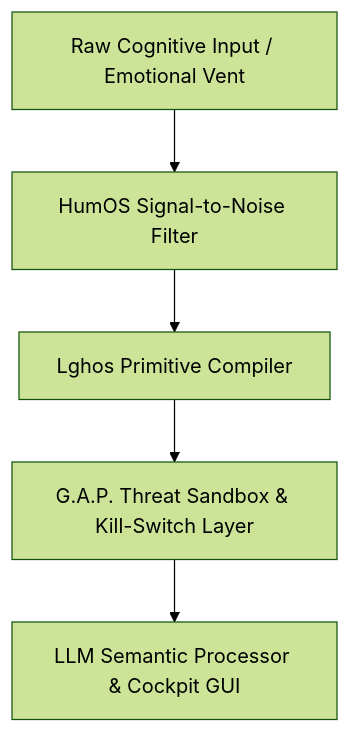
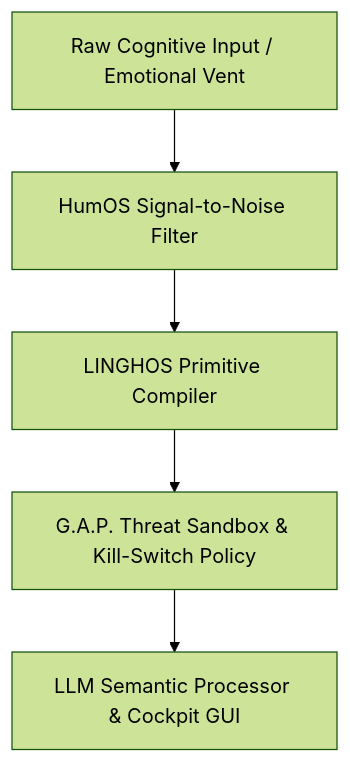
Before and after one commit to SystemAdmin01/HumOS: the diagram in README.md, drawn with Mermaid (forest theme). The commit also changed other lines of this file, not shown here.

Commit message:
docs: distinguish target architecture from shipped runtime

````diff
--- a/README.md
+++ b/README.md
@@ -39,10 +39,10 @@
 ```mermaid
 flowchart TD
     INPUT["Raw Cognitive Input / Emotional Vent"]
     FILTER["HumOS Signal-to-Noise Filter"]
-    COMPILER["Lghos Primitive Compiler"]
-    GAP["G.A.P. Threat Sandbox & Kill-Switch Layer"]
+    COMPILER["LINGHOS Primitive Compiler"]
+    GAP["G.A.P. Threat Sandbox & Kill-Switch Policy"]
     LLM["LLM Semantic Processor & Cockpit GUI"]
 
     INPUT --> FILTER --> COMPILER --> GAP --> LLM
 ```
````
